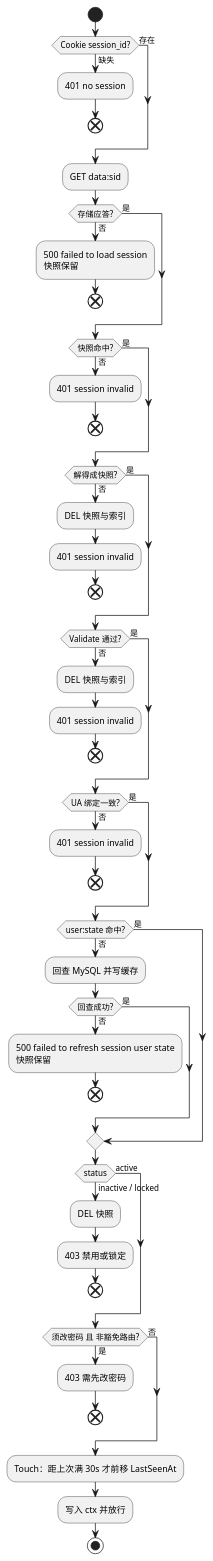
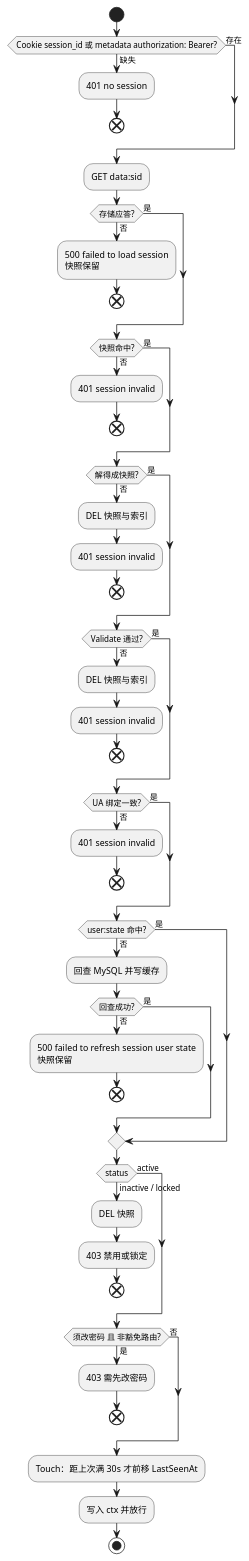
The third of 6 diagrams in module/iam/SESSION.md (hydroan/gst), drawn with PlantUML before and after one commit. The commit also changed other lines of this file and 43 other files, not shown here.

````diff
--- a/module/iam/SESSION.md
+++ b/module/iam/SESSION.md
@@ -114,63 +114,63 @@
 ```plantuml
 @startuml
 start
-if (Cookie session_id?) then (缺失)
+if (Cookie session_id 或 metadata authorization: Bearer?) then (缺失)
   :401 no session;
   end
 else (存在)
 endif
 :GET data:sid;
 if (存储应答?) then (否)
   :500 failed to load session
   快照保留;
   end
 else (是)
 endif
 if (快照命中?) then (否)
   :401 session invalid;
   end
 else (是)
 endif
 if (解得成快照?) then (否)
   :DEL 快照与索引;
   :401 session invalid;
   end
 else (是)
 endif
 if (Validate 通过?) then (否)
   :DEL 快照与索引;
   :401 session invalid;
   end
 else (是)
 endif
 if (UA 绑定一致?) then (否)
   :401 session invalid;
   end
 else (是)
 endif
 if (user:state 命中?) then (否)
   :回查 MySQL 并写缓存;
   if (回查成功?) then (否)
     :500 failed to refresh session user state
     快照保留;
     end
   else (是)
   endif
 else (是)
 endif
 if (status) then (inactive / locked)
   :DEL 快照;
   :403 禁用或锁定;
   end
 else (active)
 endif
 if (须改密码 且 非豁免路由?) then (是)
   :403 需先改密码;
   end
 else (否)
 endif
 :Touch：距上次满 30s 才前移 LastSeenAt;
 :写入 ctx 并放行;
 stop
 @enduml
 ```
````
